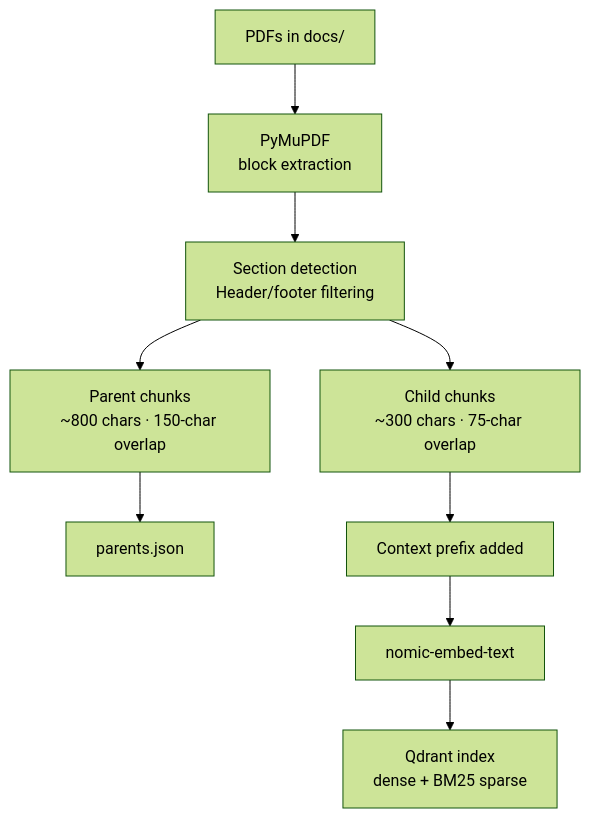
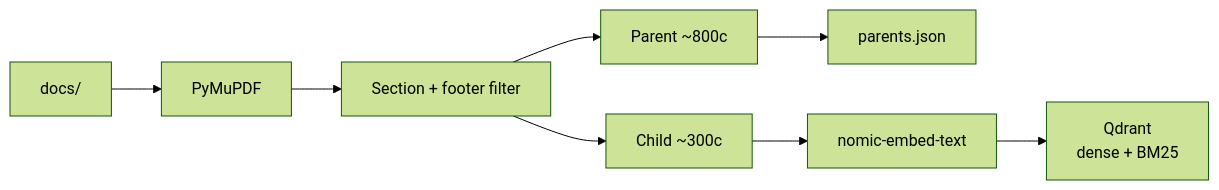
One commit to mehdi-000/agentic-rag-nda changed the first of 4 diagrams in README.md. Above: the diagram before and after it, drawn with Mermaid (forest theme). The commit also changed other lines of this file, not shown here.

Commit message:
docs: compact architecture diagrams

````diff
--- a/README.md
+++ b/README.md
@@ -50,11 +50,10 @@
 ```mermaid
-flowchart TD
-    PDFs["PDFs in docs/"] --> Parse["PyMuPDF\nblock extraction"]
-    Parse --> Filter["Section detection\nHeader/footer filtering"]
-    Filter --> Parents["Parent chunks\n~800 chars · 150-char overlap"]
-    Filter --> Children["Child chunks\n~300 chars · 75-char overlap"]
-    Parents --> Store["parents.json"]
-    Children --> Prefix["Context prefix added"]
-    Prefix --> Embed["nomic-embed-text"]
-    Embed --> Index["Qdrant index\ndense + BM25 sparse"]
+flowchart LR
+    PDFs["docs/"] --> Parse["PyMuPDF"]
+    Parse --> Filter["Section + footer filter"]
+    Filter --> P["Parent ~800c"]
+    Filter --> C["Child ~300c"]
+    P --> Store["parents.json"]
+    C --> Embed["nomic-embed-text"]
+    Embed --> Index["Qdrant\ndense + BM25"]
 ```
````
